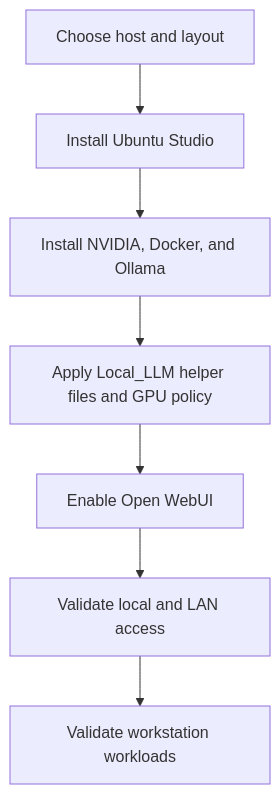
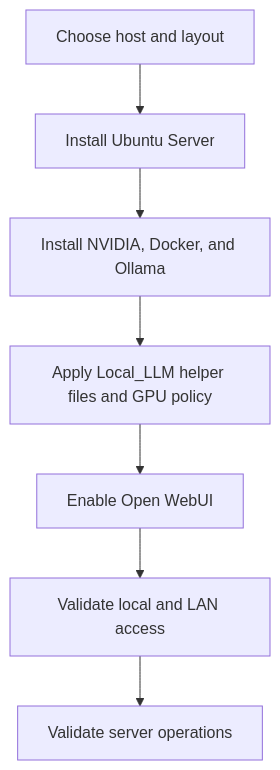
The diagram in docs/implementation-plan.md (DanD-2/Local_Skippy), drawn with Mermaid before and after one commit. The commit also changed other lines of this file and 34 other files, not shown here.

````diff
--- a/docs/implementation-plan.md
+++ b/docs/implementation-plan.md
@@ -28,9 +28,9 @@
 ```mermaid
 flowchart TD
-	A[Choose host and layout] --> B[Install Ubuntu Studio]
+	A[Choose host and layout] --> B[Install Ubuntu Server]
 	B --> C[Install NVIDIA, Docker, and Ollama]
 	C --> D[Apply Local_LLM helper files and GPU policy]
 	D --> E[Enable Open WebUI]
 	E --> F[Validate local and LAN access]
-	F --> G[Validate workstation workloads]
+	F --> G[Validate server operations]
 ```
````
